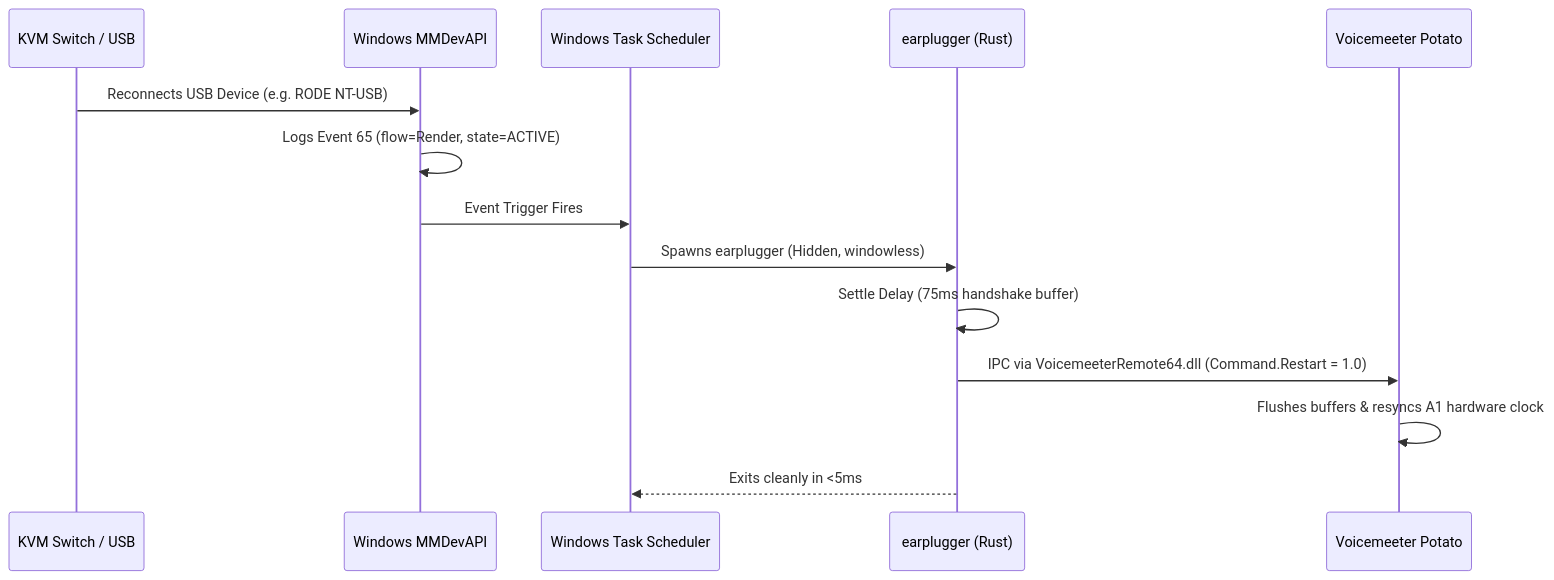
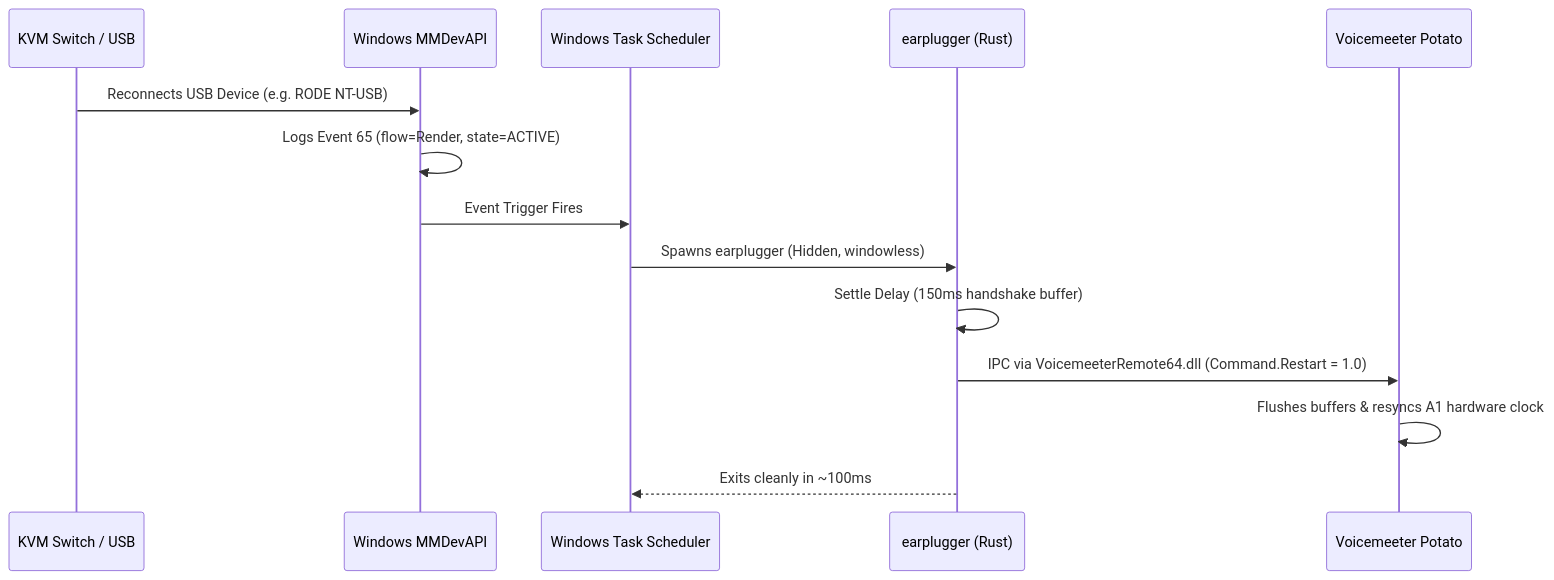
The diagram in README.md (johnathangallagher/earplugger), drawn with Mermaid before and after one commit. The commit also changed other lines of this file and 5 other files, not shown here.

Commit message:
fix(ipc): hold client connection for 100ms and restore 150ms settle delay

````diff
--- a/README.md
+++ b/README.md
@@ -40,17 +40,17 @@
 ```mermaid
 sequenceDiagram
     participant KVM as KVM Switch / USB
     participant Win as Windows MMDevAPI
     participant Task as Windows Task Scheduler
     participant EP as earplugger (Rust)
     participant VM as Voicemeeter Potato
 
     KVM->>Win: Reconnects USB Device (e.g. RODE NT-USB)
     Win->>Win: Logs Event 65 (flow=Render, state=ACTIVE)
     Win->>Task: Event Trigger Fires
     Task->>EP: Spawns earplugger (Hidden, windowless)
-    EP->>EP: Settle Delay (75ms handshake buffer)
+    EP->>EP: Settle Delay (150ms handshake buffer)
     EP->>VM: IPC via VoicemeeterRemote64.dll (Command.Restart = 1.0)
     VM->>VM: Flushes buffers & resyncs A1 hardware clock
-    EP-->>Task: Exits cleanly in <5ms
+    EP-->>Task: Exits cleanly in ~100ms
 ```
````
